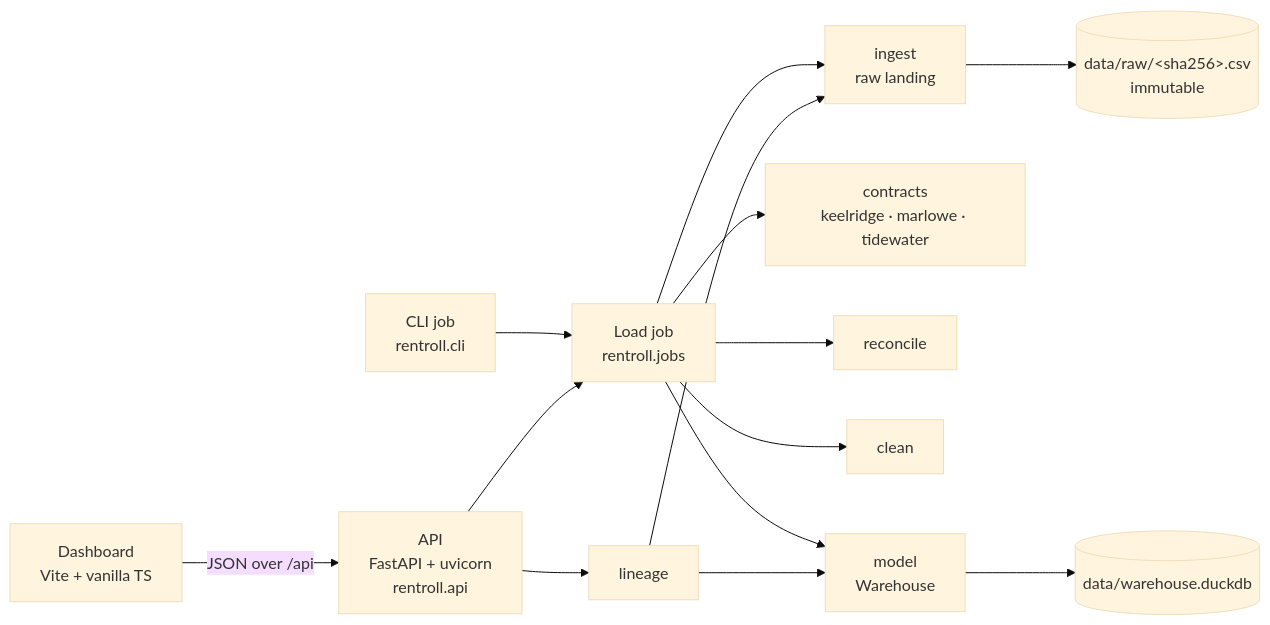
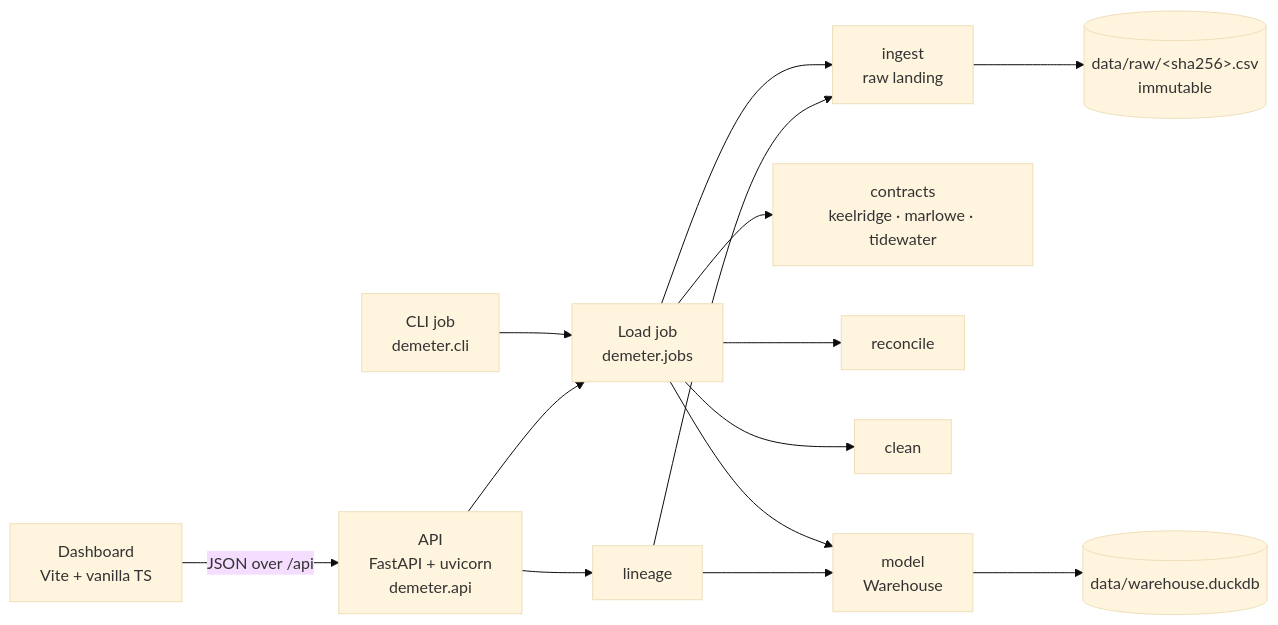
One commit to Legion91919/demeter changed the second of 6 diagrams in docs/DESIGN.md. Above: the diagram before and after it, drawn with Mermaid (base theme). The commit also changed other lines of this file and 38 other files, not shown here.

Commit message:
Rename Rent Roll Pipeline to Demeter (product, Python package and dashboard)

````diff
--- a/docs/DESIGN.md
+++ b/docs/DESIGN.md
@@ -86,16 +86,16 @@
 ```mermaid
 flowchart LR
-  web[Dashboard<br/>Vite + vanilla TS] -- JSON over /api --> api[API<br/>FastAPI + uvicorn<br/>rentroll.api]
-  cli[CLI job<br/>rentroll.cli] --> jobs
-  api --> jobs[Load job<br/>rentroll.jobs]
+  web[Dashboard<br/>Vite + vanilla TS] -- JSON over /api --> api[API<br/>FastAPI + uvicorn<br/>demeter.api]
+  cli[CLI job<br/>demeter.cli] --> jobs
+  api --> jobs[Load job<br/>demeter.jobs]
   jobs --> ingest[ingest<br/>raw landing]
   jobs --> contracts[contracts<br/>keelridge · marlowe · tidewater]
   jobs --> reconcile[reconcile]
   jobs --> clean[clean]
   jobs --> model[model<br/>Warehouse]
   api --> lineage[lineage]
   lineage --> model
   lineage --> ingest
   ingest --> raw[(data/raw/&lt;sha256&gt;.csv<br/>immutable)]
   model --> duck[(data/warehouse.duckdb)]
 ```
````
